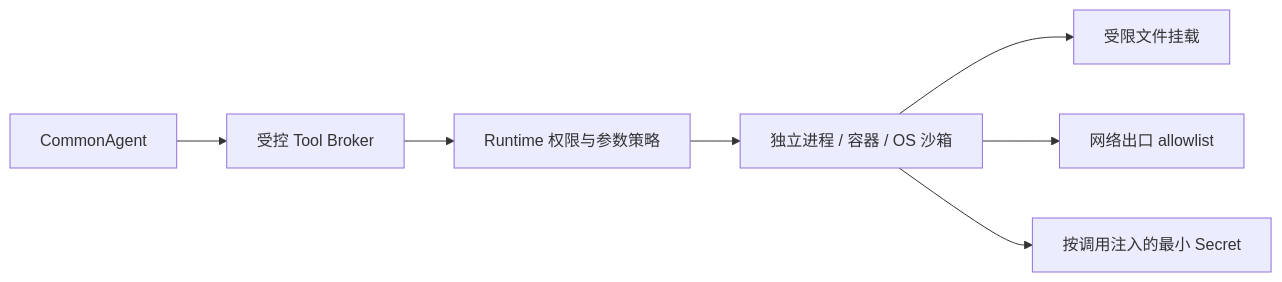
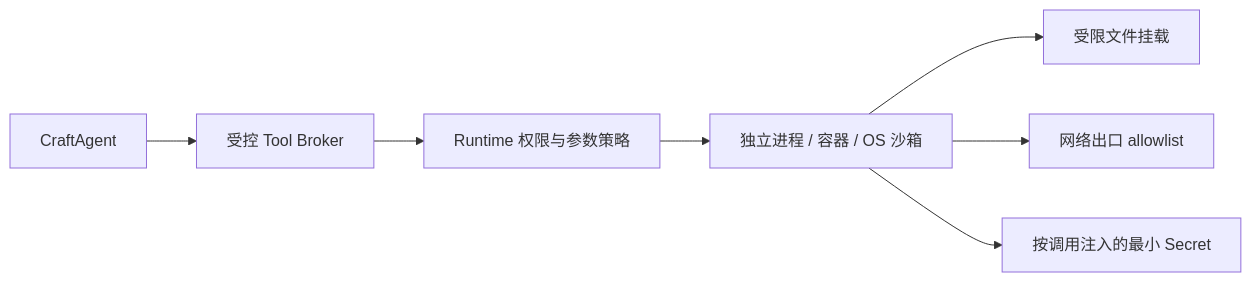
The diagram in docs/standards/security/trust-model.md (AlbertE1990/crafteHarness), drawn with Mermaid before and after one commit. The commit also changed other lines of this file and 98 other files, not shown here.

Commit message:
Introduce CraftAgent facade

````diff
--- a/docs/standards/security/trust-model.md
+++ b/docs/standards/security/trust-model.md
@@ -140,9 +140,9 @@
 ```mermaid
 flowchart LR
-  Agent[CommonAgent] --> Broker[受控 Tool Broker]
+  Agent[CraftAgent] --> Broker[受控 Tool Broker]
   Broker --> Policy[Runtime 权限与参数策略]
   Policy --> Sandbox[独立进程 / 容器 / OS 沙箱]
   Sandbox --> ScopedFS[受限文件挂载]
   Sandbox --> ScopedNet[网络出口 allowlist]
   Sandbox --> ScopedSecret[按调用注入的最小 Secret]
 ```
````
